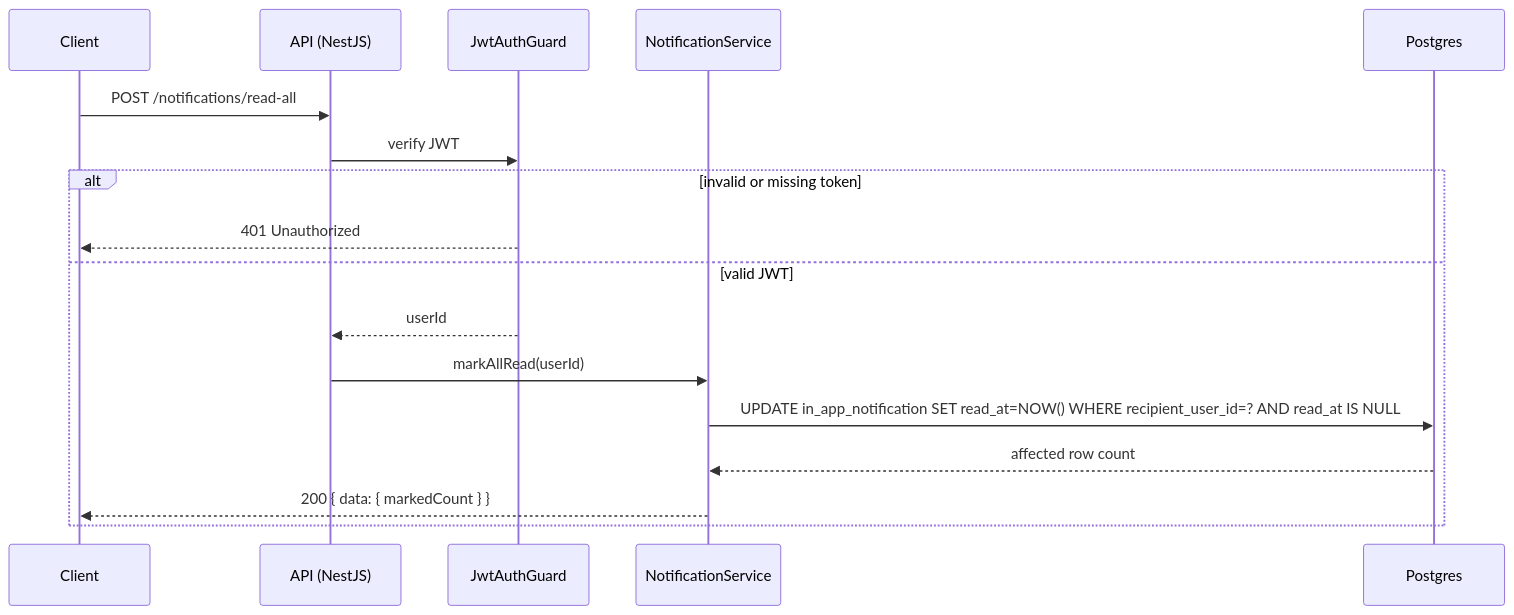
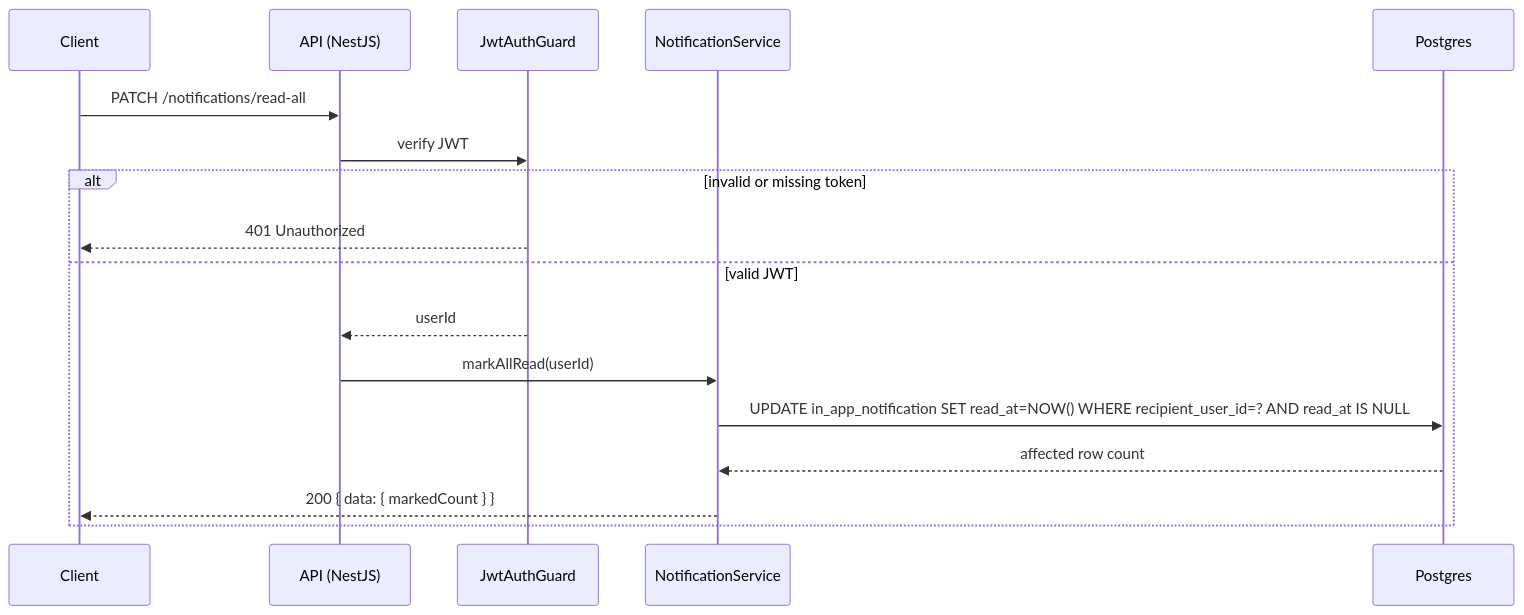
The third of 4 diagrams in phase-1/technical-design/api-design/notifications.md (alisa-uthi/aliceut-ecom-document), drawn with Mermaid before and after one commit. The commit also changed other lines of this file and 19 other files, not shown here.

````diff
--- a/phase-1/technical-design/api-design/notifications.md
+++ b/phase-1/technical-design/api-design/notifications.md
@@ -149,20 +149,20 @@
 ```mermaid
 sequenceDiagram
     participant C as Client
     participant API as API (NestJS)
     participant JG as JwtAuthGuard
     participant S as NotificationService
     participant PG as Postgres
 
-    C->>API: POST /notifications/read-all
+    C->>API: PATCH /notifications/read-all
     API->>JG: verify JWT
     alt invalid or missing token
         JG-->>C: 401 Unauthorized
     else valid JWT
         JG-->>API: userId
         API->>S: markAllRead(userId)
         S->>PG: UPDATE in_app_notification SET read_at=NOW() WHERE recipient_user_id=? AND read_at IS NULL
         PG-->>S: affected row count
         S-->>C: 200 { data: { markedCount } }
     end
 ```
````
